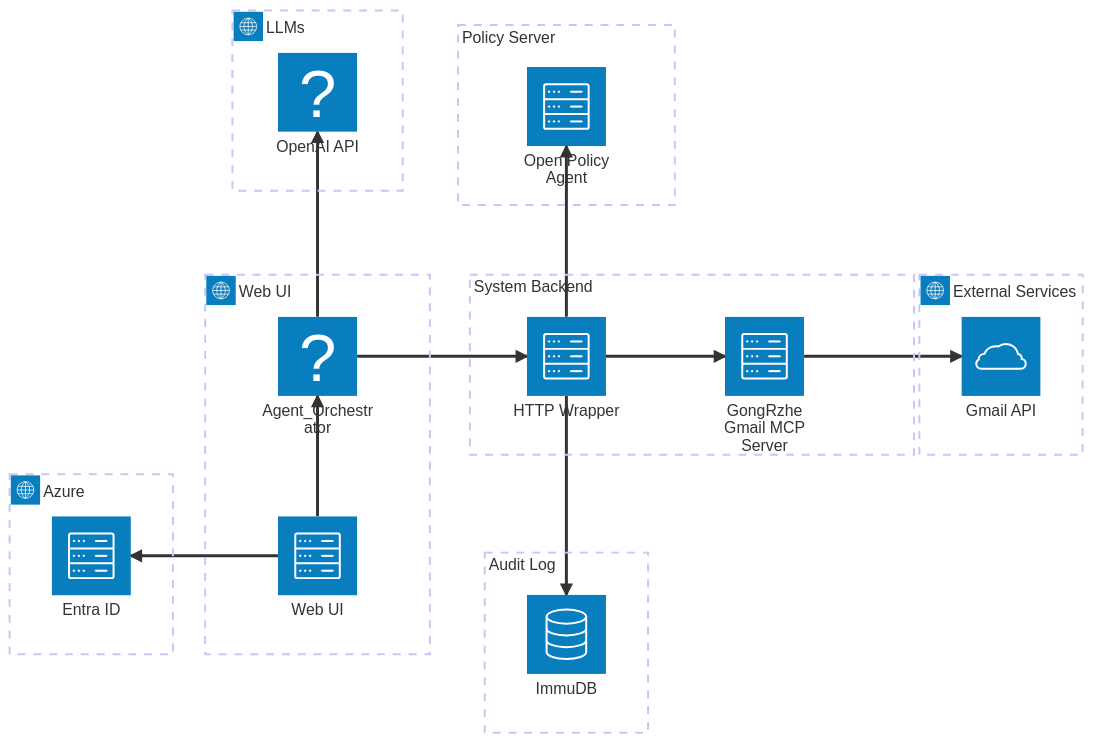
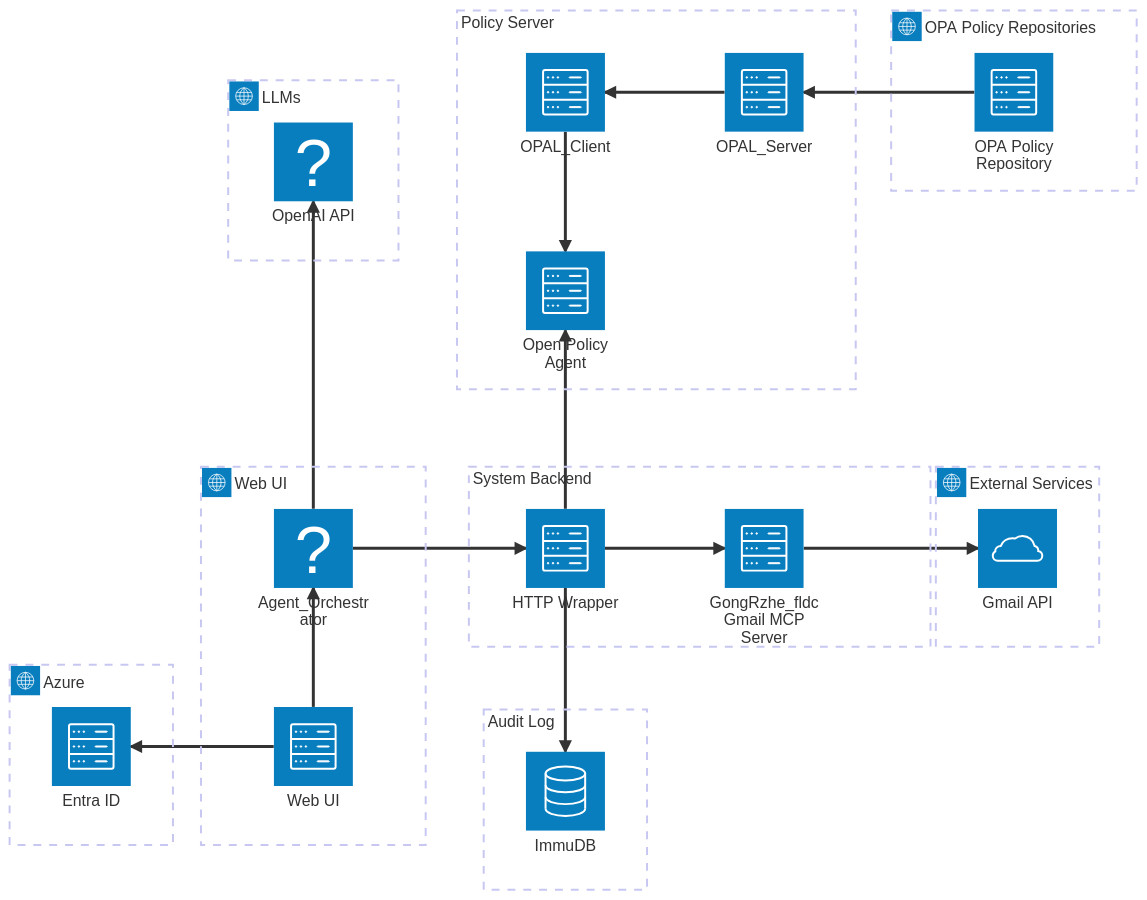
Before and after one commit to Blizzard-Of-Oz/cyber295-team3: the diagram in Diagrams/architecture.mmd, drawn with Mermaid. The commit also changed 4 other files, not shown here.

```diff
--- a/Diagrams/architecture.mmd
+++ b/Diagrams/architecture.mmd
@@ -1,32 +1,40 @@
 ---
 config:
   theme: mc
 ---
 architecture-beta
 
   group g_ui(internet) [Web UI]
   group g_entraid(internet) [Azure]
   group g_llms(internet)[LLMs]
   group g_mcp[System Backend]
   group g_db[Audit Log]
   group g_opa[Policy Server]
   group g_ext(internet)[External Services]
+  group g_opa_policy(internet)[OPA Policy Repositories]
 
   service web(server)[Web UI] in g_ui
   service entraid(server)[Entra ID] in g_entraid
   service agent(brain)[Agent_Orchestrator] in g_ui
   service orchestration(brain)[OpenAI API] in g_llms
   service http_wrapper(server)[HTTP Wrapper] in g_mcp
-  service mcp(server)[GongRzhe Gmail MCP Server] in g_mcp
+  service mcp(server)[GongRzhe_fldc Gmail MCP Server] in g_mcp
   service extsvc(cloud)[Gmail API] in g_ext
   service auditlog(database)[ImmuDB] in g_db
   service opa(server)[Open Policy Agent] in g_opa
+  service opal_server(server)[OPAL_Server] in g_opa
+  service opal_client(server)[OPAL_Client] in g_opa
+  service opa_policy_repo(server)[OPA Policy Repository] in g_opa_policy
+
 
   web:L --> R:entraid
   web:T --> B:agent
   agent:T --> B:orchestration
   agent:R --> L:http_wrapper
   http_wrapper:R --> L:mcp
   http_wrapper:B --> T:auditlog
   http_wrapper:T --> B:opa
   mcp:R --> L:extsvc
+  opa_policy_repo:L --> R:opal_server
+  opal_client:B --> T:opa
+  opal_server:L --> R:opal_client
```
